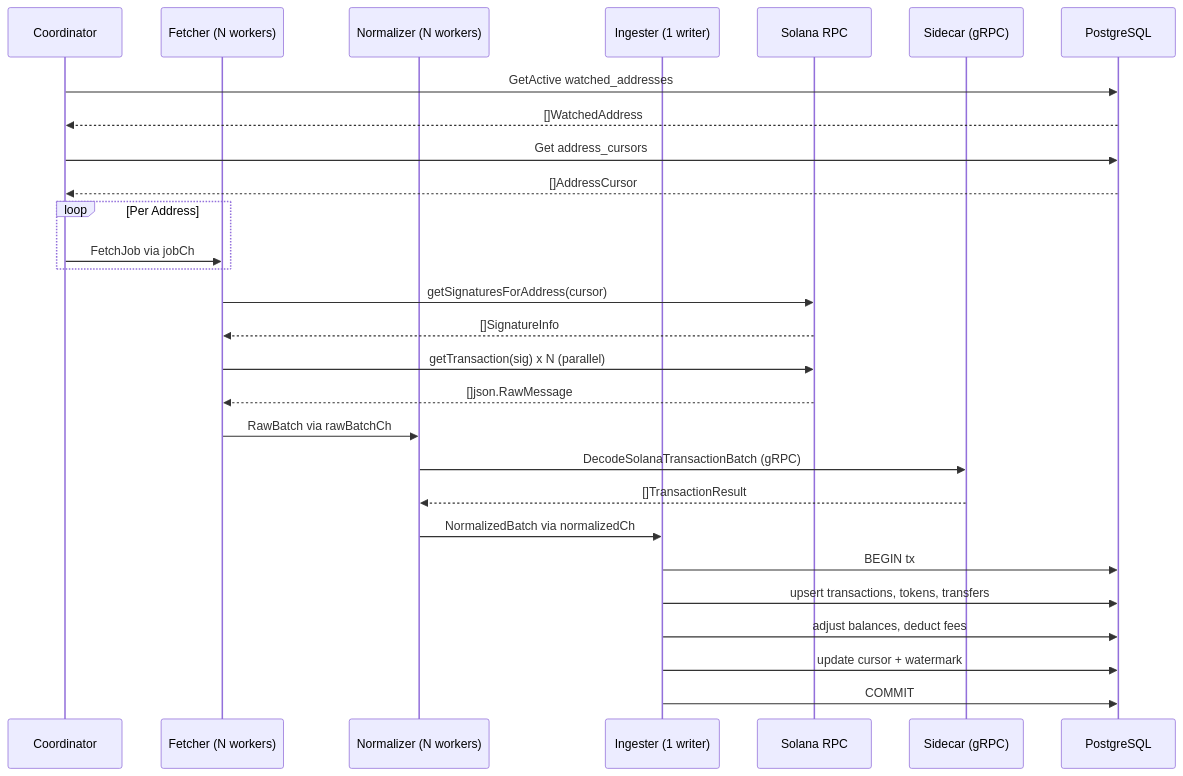
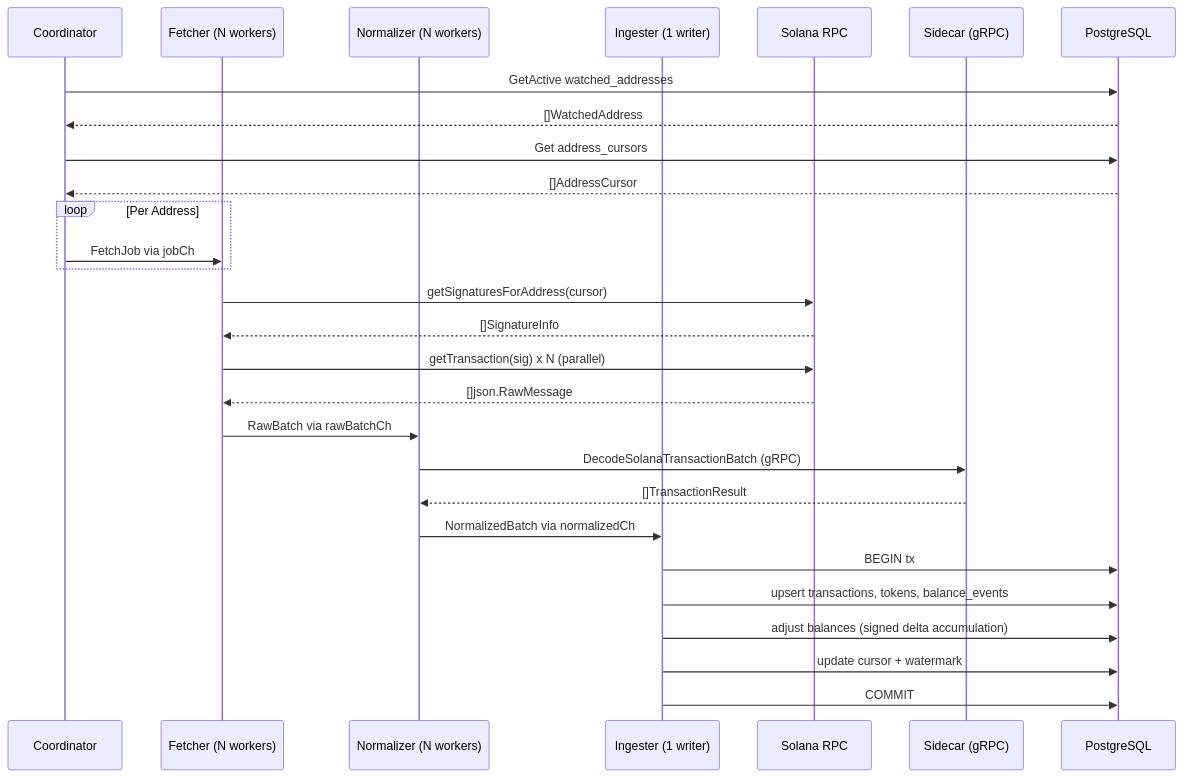
One commit to emperorhan/multichain-indexer changed the first of 4 diagrams in README.md. Above: the diagram before and after it, drawn with Mermaid. The commit also changed other lines of this file and 41 other files, not shown here.

First line of the commit message:
Implement plugin-based balance event architecture

````diff
--- a/README.md
+++ b/README.md
@@ -33,35 +33,35 @@
 ```mermaid
 sequenceDiagram
     participant C as Coordinator
     participant F as Fetcher (N workers)
     participant N as Normalizer (N workers)
     participant I as Ingester (1 writer)
     participant RPC as Solana RPC
     participant SC as Sidecar (gRPC)
     participant DB as PostgreSQL
 
     C->>DB: GetActive watched_addresses
     DB-->>C: []WatchedAddress
     C->>DB: Get address_cursors
     DB-->>C: []AddressCursor
 
     loop Per Address
         C->>F: FetchJob via jobCh
     end
 
     F->>RPC: getSignaturesForAddress(cursor)
     RPC-->>F: []SignatureInfo
     F->>RPC: getTransaction(sig) x N (parallel)
     RPC-->>F: []json.RawMessage
     F->>N: RawBatch via rawBatchCh
 
     N->>SC: DecodeSolanaTransactionBatch (gRPC)
     SC-->>N: []TransactionResult
     N->>I: NormalizedBatch via normalizedCh
 
     I->>DB: BEGIN tx
-    I->>DB: upsert transactions, tokens, transfers
-    I->>DB: adjust balances, deduct fees
+    I->>DB: upsert transactions, tokens, balance_events
+    I->>DB: adjust balances (signed delta accumulation)
     I->>DB: update cursor + watermark
     I->>DB: COMMIT
 ```
````
